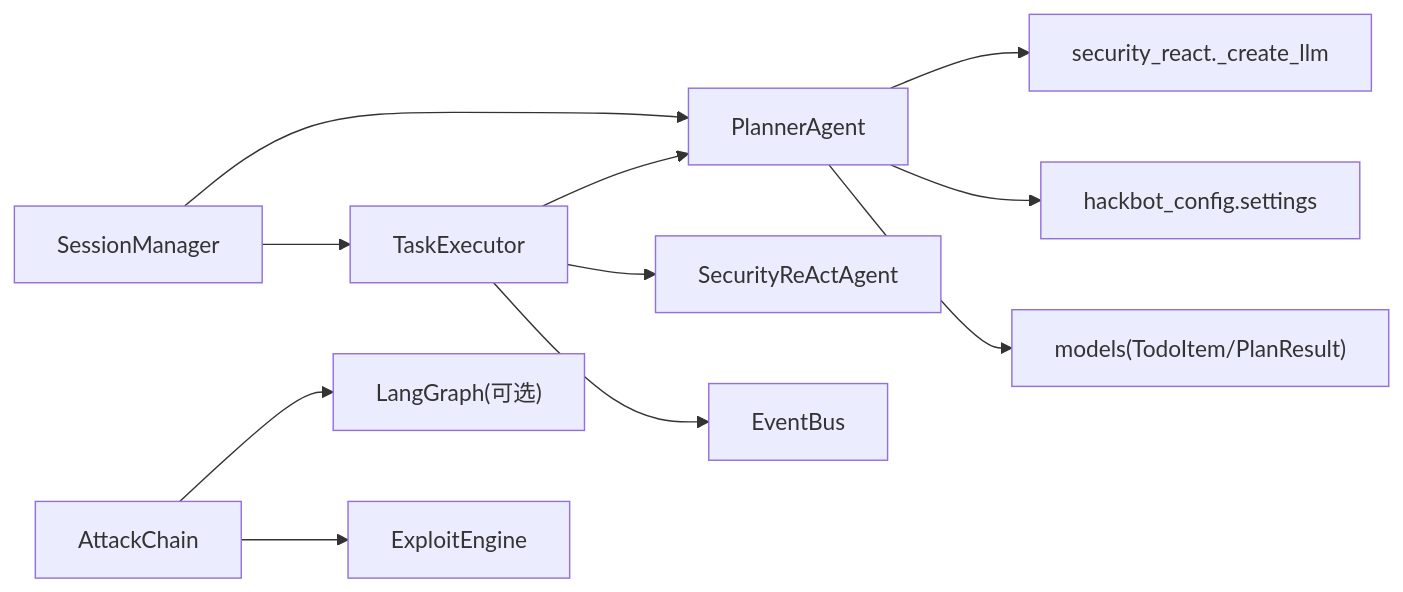
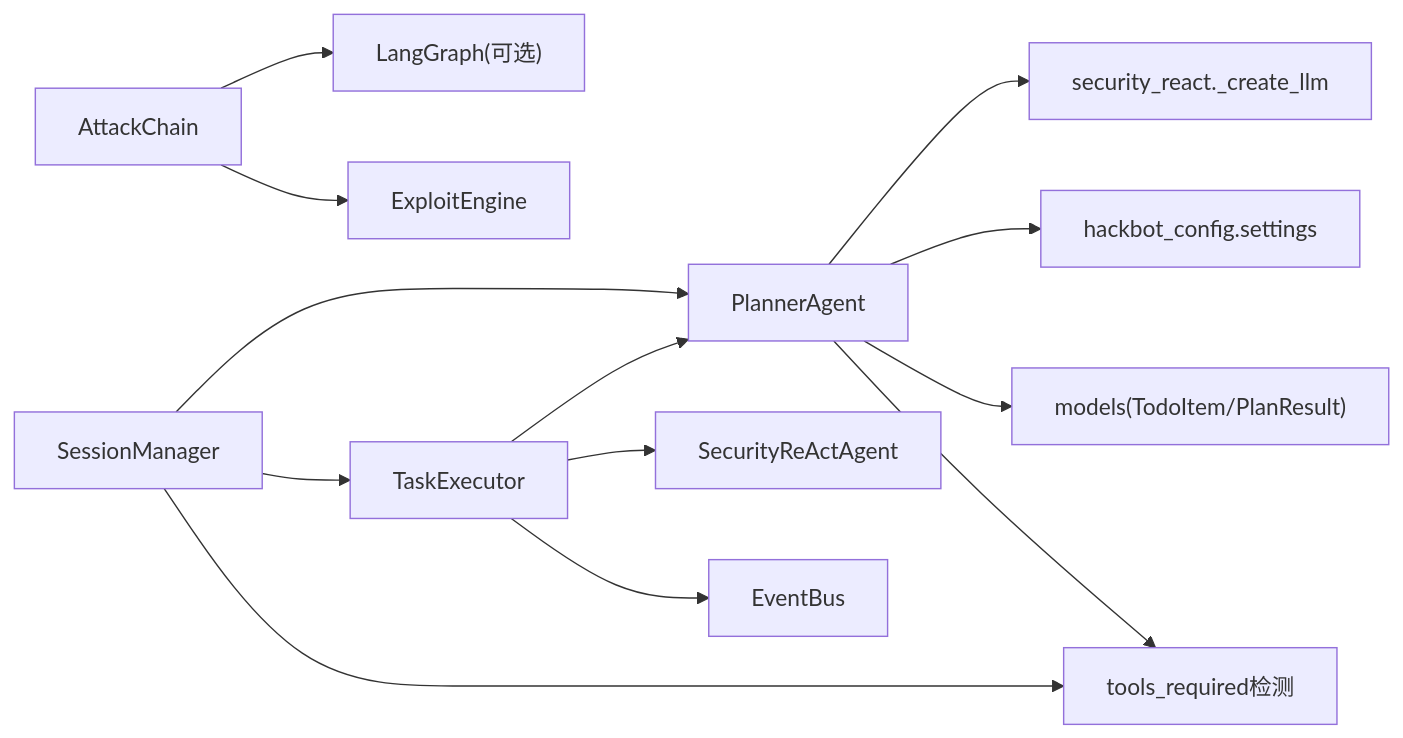
One commit to iammm0/secbot changed the sixth of 6 diagrams in .qoder/repowiki/zh/content/项目概述/核心功能特性/多智能体协作系统/规划智能体.md. Above: the diagram before and after it, drawn with Mermaid. The commit also changed other lines of this file and 9 other files, not shown here.

````diff
--- a/.qoder/repowiki/zh/content/项目概述/核心功能特性/多智能体协作系统/规划智能体.md
+++ b/.qoder/repowiki/zh/content/项目概述/核心功能特性/多智能体协作系统/规划智能体.md
@@ -265,13 +299,15 @@
 ```mermaid
 graph LR
 PA["PlannerAgent"] --> SR["security_react._create_llm"]
 PA --> CFG["hackbot_config.settings"]
 PA --> MD["models(TodoItem/PlanResult)"]
+PA --> TR["tools_required检测"]
 TE["TaskExecutor"] --> PA
 TE --> SA["SecurityReActAgent"]
 TE --> EB["EventBus"]
 SM["SessionManager"] --> PA
 SM --> TE
+SM --> TR
 AC["AttackChain"] --> LG["LangGraph(可选)"]
 AC --> EE["ExploitEngine"]
 ```
````
